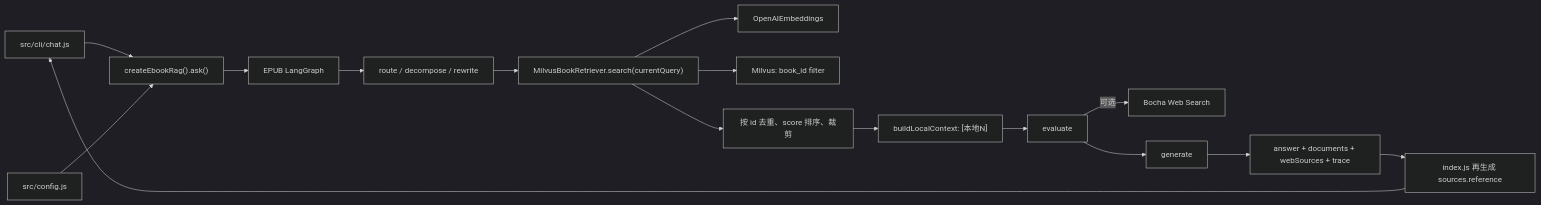
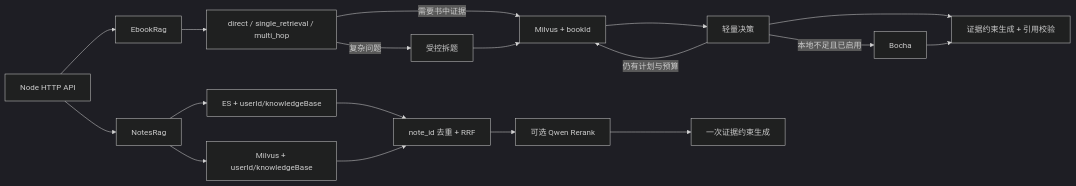
One commit to bangeluoyue/MemoRAG changed the first of 3 diagrams in docs/specs/memorag-roadmap.md. Above: the diagram before and after it, drawn with Mermaid (dark theme). The commit also changed other lines of this file and 24 other files, not shown here.

Commit message:
refactor(rag): simplify ebook and notes question flows

````diff
--- a/docs/specs/memorag-roadmap.md
+++ b/docs/specs/memorag-roadmap.md
@@ -40,18 +42,22 @@
 ```mermaid
 flowchart LR
-  CLI["src/cli/chat.js"] --> API["createEbookRag().ask()"]
-  CFG["src/config.js"] --> API
-  API --> GRAPH["EPUB LangGraph"]
-  GRAPH --> ROUTE["route / decompose / rewrite"]
-  ROUTE --> RETRIEVE["MilvusBookRetriever.search(currentQuery)"]
-  RETRIEVE --> EMB["OpenAIEmbeddings"]
-  RETRIEVE --> MV["Milvus: book_id filter"]
-  RETRIEVE --> MERGE["按 id 去重、score 排序、裁剪"]
-  MERGE --> CTX["buildLocalContext: [本地N]"]
-  CTX --> EVAL["evaluate"]
-  EVAL -->|可选| WEB["Bocha Web Search"]
-  EVAL --> GEN["generate"]
-  GEN --> OUT["answer + documents + webSources + trace"]
-  OUT --> MAP["index.js 再生成 sources.reference"]
-  MAP --> CLI
+  HTTP["Node HTTP API"] --> EBOOK["EbookRag"]
+  HTTP --> NOTES["NotesRag"]
+
+  EBOOK --> ROUTE["direct / single_retrieval / multi_hop"]
+  ROUTE -->|复杂问题| DECOMP["受控拆题"]
+  ROUTE -->|需要书中证据| MV["Milvus + bookId"]
+  DECOMP --> MV
+  MV --> DECIDE["轻量决策"]
+  DECIDE -->|仍有计划与预算| MV
+  DECIDE -->|本地不足且已启用| WEB["Bocha"]
+  DECIDE --> EGEN["证据约束生成 + 引用校验"]
+  WEB --> EGEN
+
+  NOTES --> ES["ES + userId/knowledgeBase"]
+  NOTES --> NMV["Milvus + userId/knowledgeBase"]
+  ES --> RRF["note_id 去重 + RRF"]
+  NMV --> RRF
+  RRF --> RR["可选 Qwen Rerank"]
+  RR --> NGEN["一次证据约束生成"]
 ```
````
